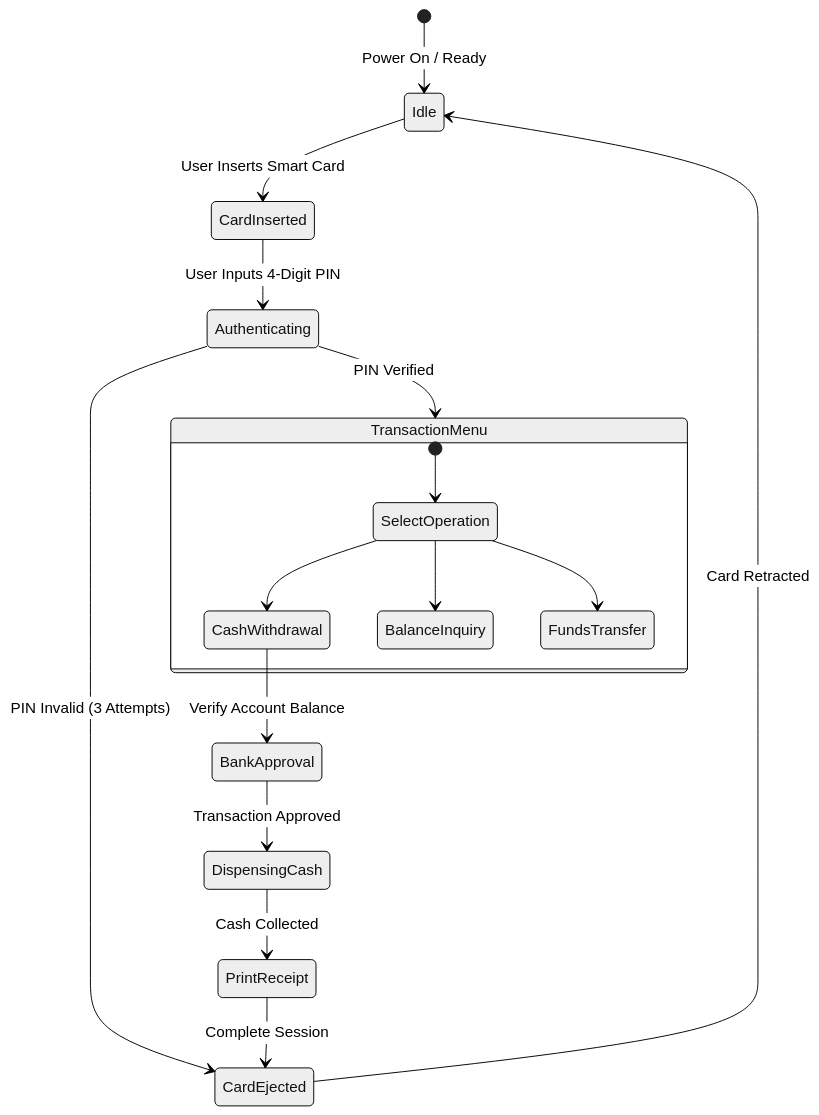
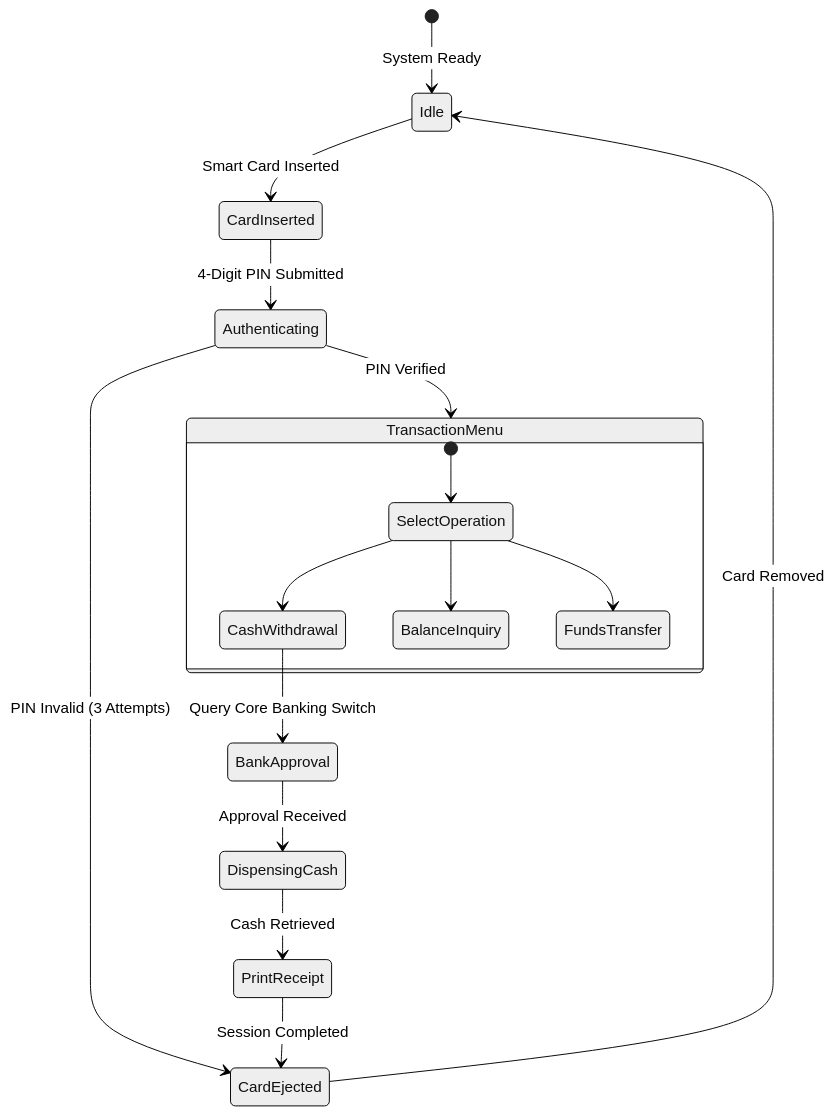
Before and after one commit to Amaraiah11/CASE-STUDY-ON-ATM-DESINE-Software-Engineering-: the diagram in README.md, drawn with Mermaid (neutral theme). The commit also changed other lines of this file, not shown here.

Commit message:
docs: elevate README to 10/10 Apply Pilot standard with interactive architectures, skill icons, and setup instructions

````diff
--- a/README.md
+++ b/README.md
@@ -41,21 +66,21 @@
 ```mermaid
 stateDiagram-v2
-    [*] --> Idle: Power On / Ready
-    Idle --> CardInserted: User Inserts Smart Card
-    CardInserted --> Authenticating: User Inputs 4-Digit PIN
+    [*] --> Idle: System Ready
+    Idle --> CardInserted: Smart Card Inserted
+    CardInserted --> Authenticating: 4-Digit PIN Submitted
     Authenticating --> TransactionMenu: PIN Verified
     Authenticating --> CardEjected: PIN Invalid (3 Attempts)
     
     state TransactionMenu {
         [*] --> SelectOperation
         SelectOperation --> CashWithdrawal
         SelectOperation --> BalanceInquiry
         SelectOperation --> FundsTransfer
     }
     
-    CashWithdrawal --> BankApproval: Verify Account Balance
-    BankApproval --> DispensingCash: Transaction Approved
-    DispensingCash --> PrintReceipt: Cash Collected
-    PrintReceipt --> CardEjected: Complete Session
-    CardEjected --> Idle: Card Retracted
+    CashWithdrawal --> BankApproval: Query Core Banking Switch
+    BankApproval --> DispensingCash: Approval Received
+    DispensingCash --> PrintReceipt: Cash Retrieved
+    PrintReceipt --> CardEjected: Session Completed
+    CardEjected --> Idle: Card Removed
 ```
````
